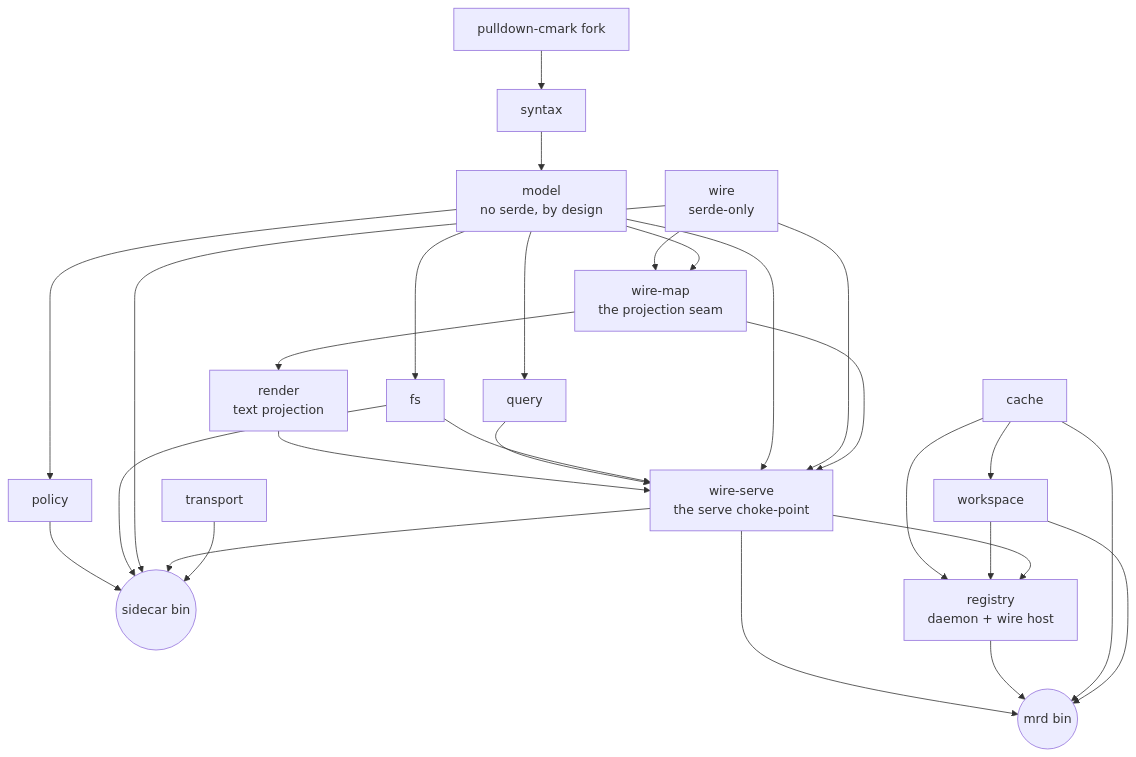
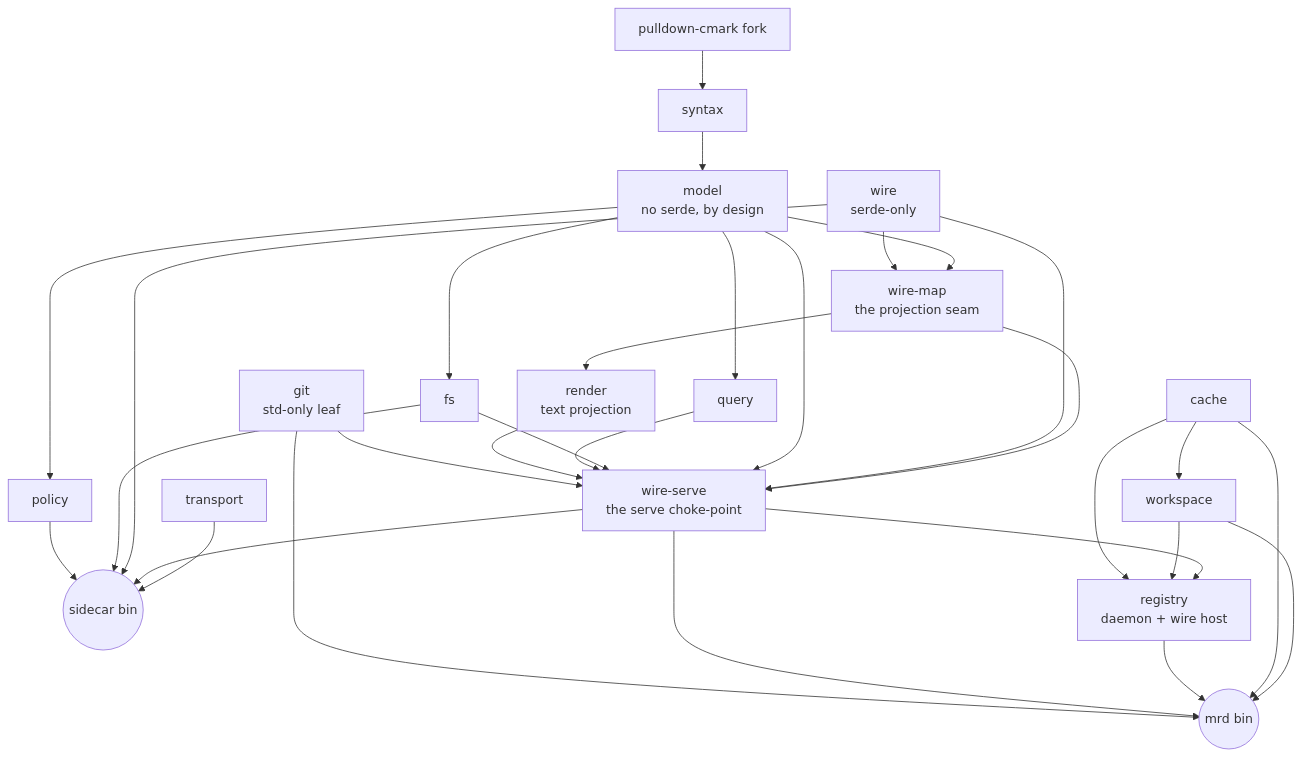
The diagram in README.md (caoer/meridian-rs), drawn with Mermaid before and after one commit. The commit also changed other lines of this file and 4 other files, not shown here.

````diff
--- a/README.md
+++ b/README.md
@@ -58,30 +59,32 @@
 ```mermaid
 graph TD
     PD[pulldown-cmark fork] --> SYN[syntax]
     SYN --> MOD[model<br/>no serde, by design]
     MOD --> FS[fs]
     MOD --> POL[policy]
     MOD --> QRY[query]
     MOD --> WMAP[wire-map<br/>the projection seam]
     WIRE[wire<br/>serde-only] --> WMAP
     WMAP --> RND[render<br/>text projection]
     WMAP --> WSRV[wire-serve<br/>the serve choke-point]
     WIRE --> WSRV
     MOD --> WSRV
     FS --> WSRV
     QRY --> WSRV
     RND --> WSRV
     TR[transport] --> SC((sidecar bin))
     WSRV --> SC
     WIRE --> SC
     FS --> SC
     POL --> SC
     WSRV --> REG[registry<br/>daemon + wire host]
     CACHE[cache] --> WS[workspace]
     WS --> REG
     CACHE --> REG
     WS --> MRD((mrd bin))
     CACHE --> MRD
     REG --> MRD
     WSRV --> MRD
+    GIT[git<br/>std-only leaf] --> WSRV
+    GIT --> MRD
 ```
````
